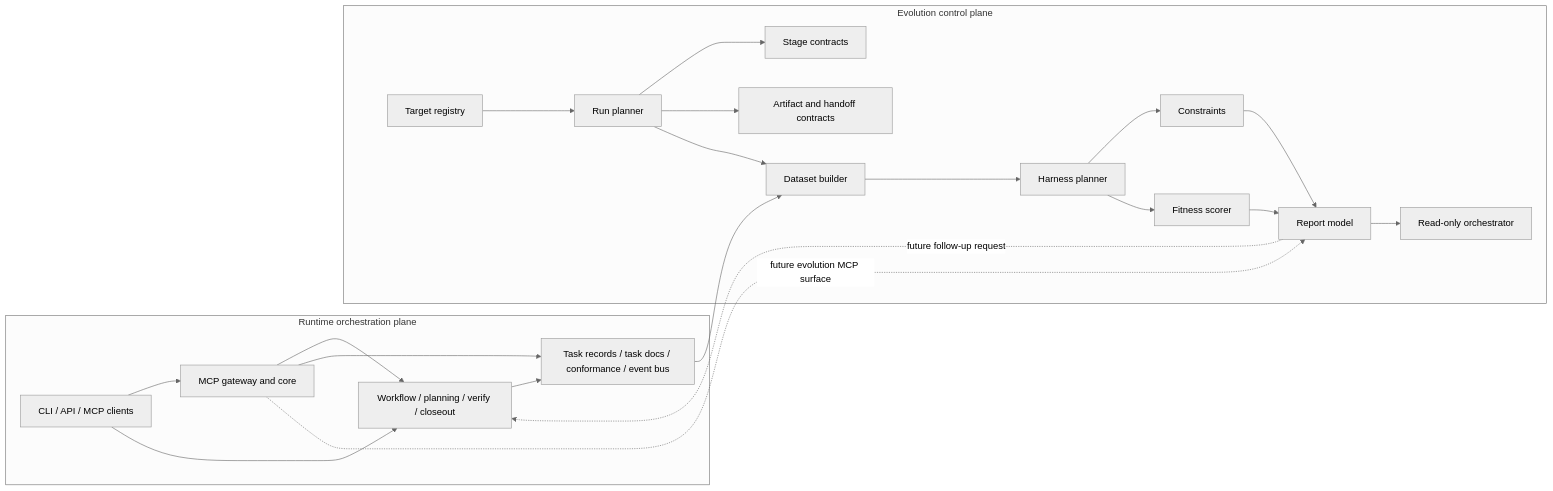
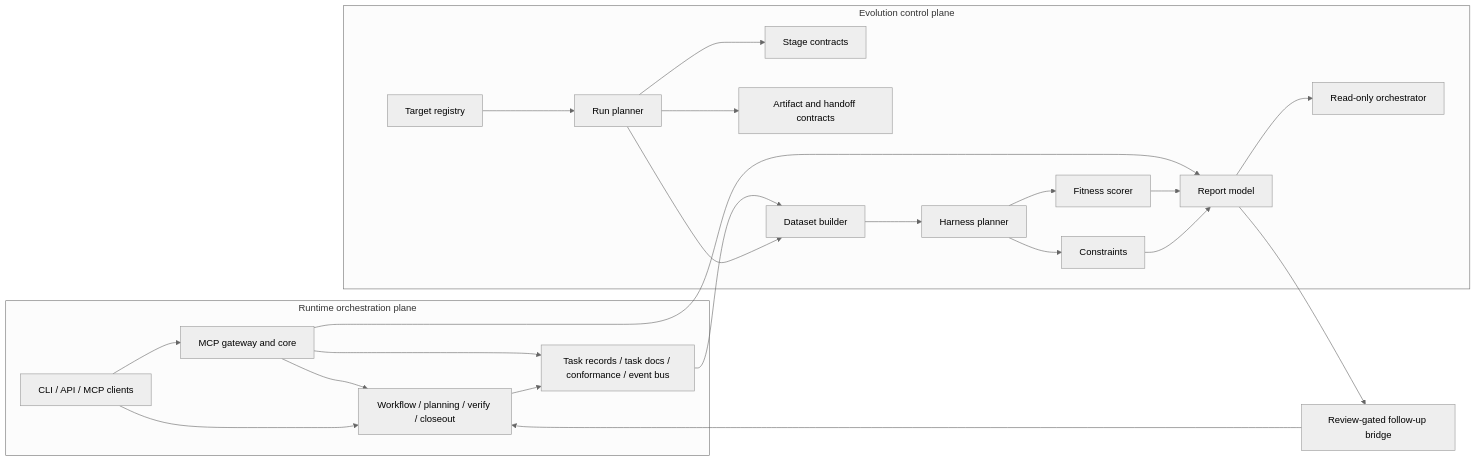
One commit to jihkang/Sisyphus changed the third of 6 diagrams in docs/architecture.md. Above: the diagram before and after it, drawn with Mermaid (neutral theme). The commit also changed other lines of this file and 13 other files, not shown here.

````diff
--- a/docs/architecture.md
+++ b/docs/architecture.md
@@ -367,43 +371,44 @@
 ```mermaid
 flowchart LR
     subgraph Runtime["Runtime orchestration plane"]
         Clients[CLI / API / MCP clients]
         MCP[MCP gateway and core]
         Workflow[Workflow / planning / verify / closeout]
         RepoState[Task records / task docs / conformance / event bus]
 
         Clients --> MCP
         Clients --> Workflow
         MCP --> Workflow
         Workflow --> RepoState
         MCP --> RepoState
     end
 
     subgraph Evolution["Evolution control plane"]
         Targets[Target registry]
         Run[Run planner]
         Stages[Stage contracts]
         Artifacts[Artifact and handoff contracts]
         Dataset[Dataset builder]
         Harness[Harness planner]
         Guards[Constraints]
         Fitness[Fitness scorer]
         Report[Report model]
         Orchestrator[Read-only orchestrator]
 
         Targets --> Run
         Run --> Stages
         Run --> Artifacts
         Run --> Dataset
         Dataset --> Harness
         Harness --> Guards
         Harness --> Fitness
         Guards --> Report
         Fitness --> Report
         Report --> Orchestrator
     end
 
     RepoState --> Dataset
-    Report -. future follow-up request .-> Workflow
-    MCP -. future evolution MCP surface .-> Report
+    Report --> Bridge[Review-gated follow-up bridge]
+    Bridge --> Workflow
+    MCP --> Report
 ```
````
